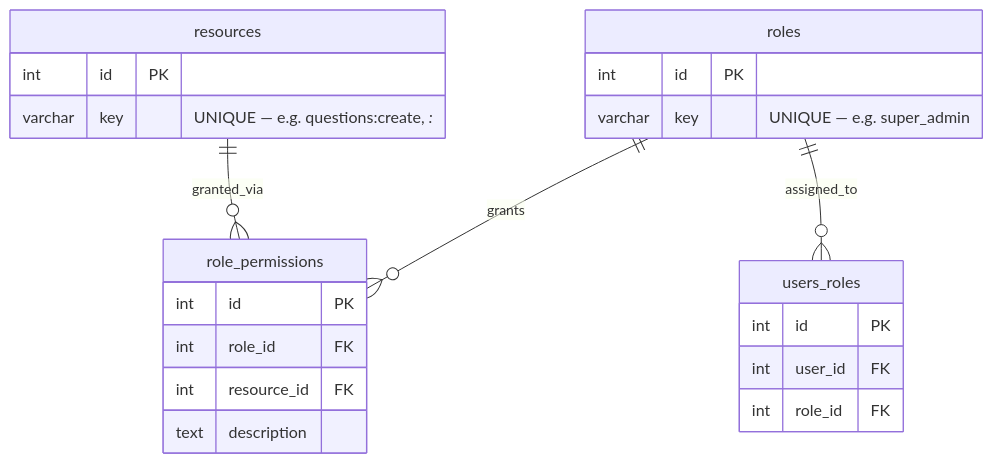
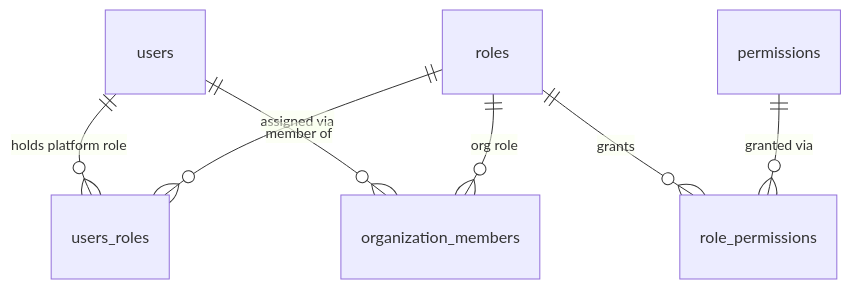
One commit to sharma-dikshant/TestFlow-Docs changed the first of 2 diagrams in docs/hld-design/rbac.md. Above: the diagram before and after it, drawn with Mermaid. The commit also changed other lines of this file and 26 other files, not shown here.

````diff
--- a/docs/hld-design/rbac.md
+++ b/docs/hld-design/rbac.md
@@ -18,26 +38,9 @@
 ```mermaid
 erDiagram
-    roles {
-        int id PK
-        varchar key "UNIQUE — e.g. super_admin"
-    }
-    resources {
-        int id PK
-        varchar key "UNIQUE — e.g. questions:create, *:*"
-    }
-    role_permissions {
-        int id PK
-        int role_id FK
-        int resource_id FK
-        text description
-    }
-    users_roles {
-        int id PK
-        int user_id FK
-        int role_id FK
-    }
-
-    roles ||--o{ role_permissions : grants
-    resources ||--o{ role_permissions : granted_via
-    roles ||--o{ users_roles : assigned_to
+    users ||--o{ users_roles : "holds platform role"
+    roles ||--o{ users_roles : "assigned via"
+    roles ||--o{ role_permissions : "grants"
+    permissions ||--o{ role_permissions : "granted via"
+    users ||--o{ organization_members : "member of"
+    roles ||--o{ organization_members : "org role"
 ```
````
